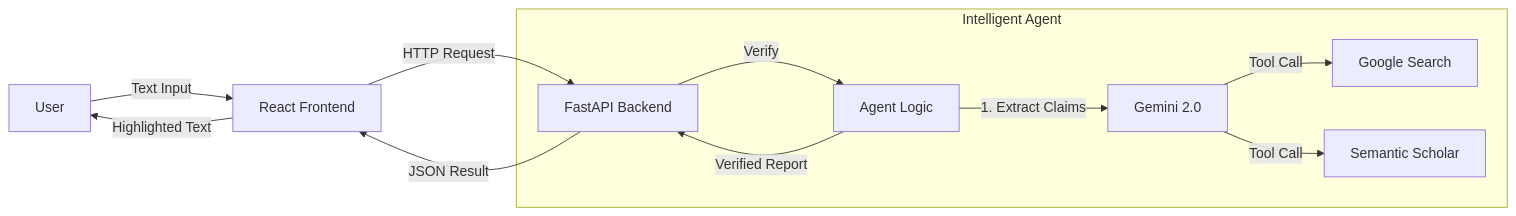
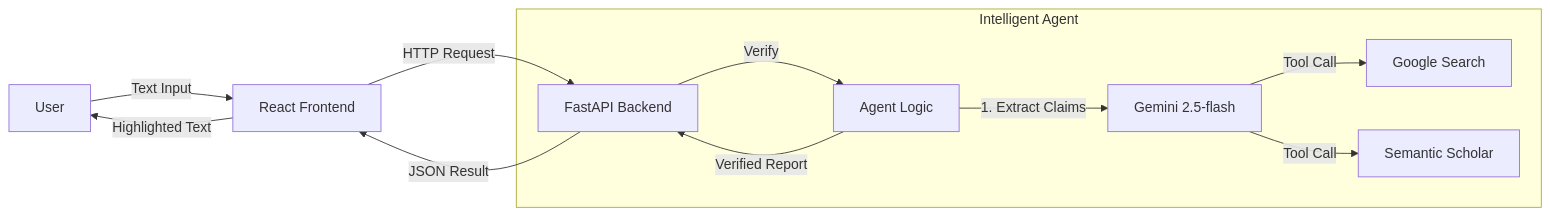
The diagram in README.md (anupam-hegde/hallucinationcheck), drawn with Mermaid before and after one commit.

````diff
--- a/README.md
+++ b/README.md
@@ -55,17 +55,17 @@
 ```mermaid
 graph LR
     User[User] -->|Text Input| UI[React Frontend]
     UI -->|HTTP Request| API[FastAPI Backend]
     
     subgraph "Intelligent Agent"
         API -->|Verify| Agent[Agent Logic]
-        Agent -->|1. Extract Claims| Gemini[Gemini 2.0]
+        Agent -->|1. Extract Claims| Gemini[Gemini 2.5-flash]
         
         Gemini -->|Tool Call| Search[Google Search]
         Gemini -->|Tool Call| Scholar[Semantic Scholar]
     end
     
     Agent -->|Verified Report| API
     API -->|JSON Result| UI
     UI -->|Highlighted Text| User
 ```
````
